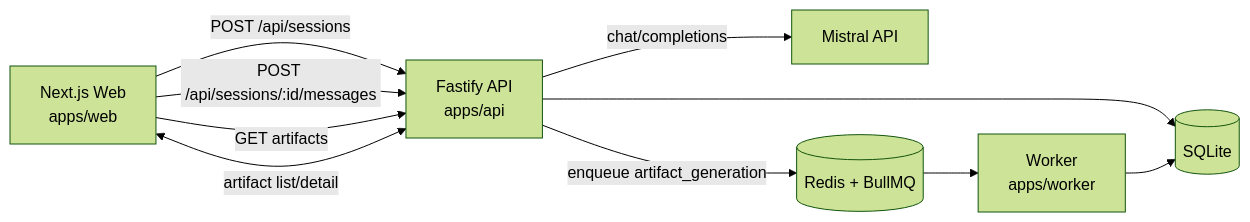
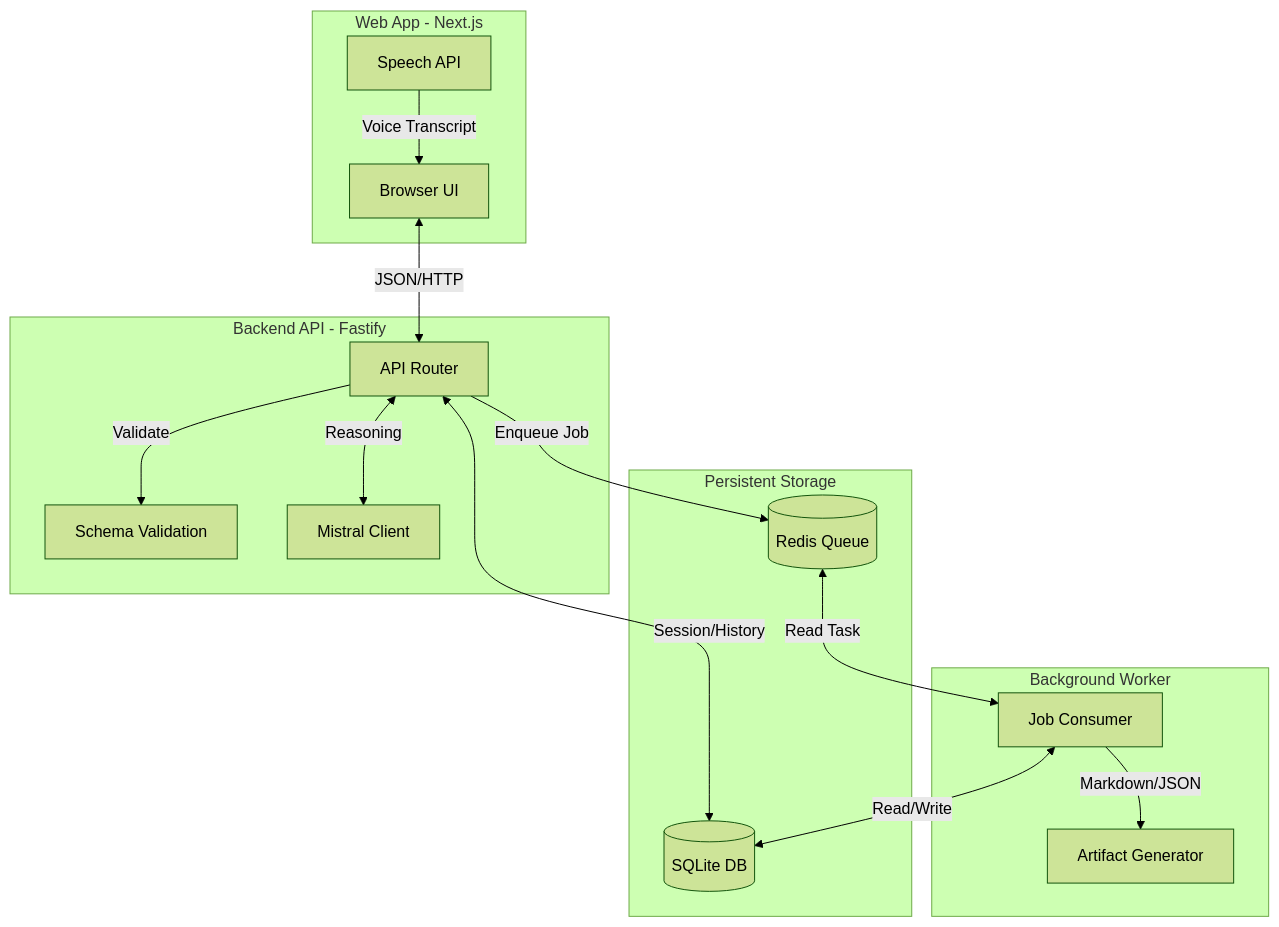
Before and after one commit to patrickpassosb/the-architect: the diagram in docs/ARCHITECTURE.md, drawn with Mermaid (forest theme). The commit also changed other lines of this file and 22 other files, not shown here.

First line of the commit message:
docs: re-apply comprehensive documentation for 'The Architect'

````diff
--- a/docs/ARCHITECTURE.md
+++ b/docs/ARCHITECTURE.md
@@ -15,12 +17,33 @@
 ```mermaid
-flowchart LR
-  W[Next.js Web\napps/web] -->|POST /api/sessions| A[Fastify API\napps/api]
-  W -->|POST /api/sessions/:id/messages| A
-  W -->|GET artifacts| A
-  A -->|chat/completions| M[Mistral API]
-  A -->|enqueue artifact_generation| Q[(Redis + BullMQ)]
-  Q --> WK[Worker\napps/worker]
-  A --> DB[(SQLite)]
-  WK --> DB
-  W <-->|artifact list/detail| A
+graph TD
+    subgraph Frontend [Web App - Next.js]
+        W[Browser UI]
+        V[Speech API]
+    end
+
+    subgraph Backend [Backend API - Fastify]
+        A[API Router]
+        S[Schema Validation]
+        M[Mistral Client]
+    end
+
+    subgraph Storage [Persistent Storage]
+        DB[(SQLite DB)]
+        RD[(Redis Queue)]
+    end
+
+    subgraph Processing [Background Worker]
+        WK[Job Consumer]
+        G[Artifact Generator]
+    end
+
+    W <-->|JSON/HTTP| A
+    V -->|Voice Transcript| W
+    A -->|Validate| S
+    A <-->|Reasoning| M
+    A <-->|Session/History| DB
+    A -->|Enqueue Job| RD
+    RD <-->|Read Task| WK
+    WK <-->|Read/Write| DB
+    WK -->|Markdown/JSON| G
 ```
````
